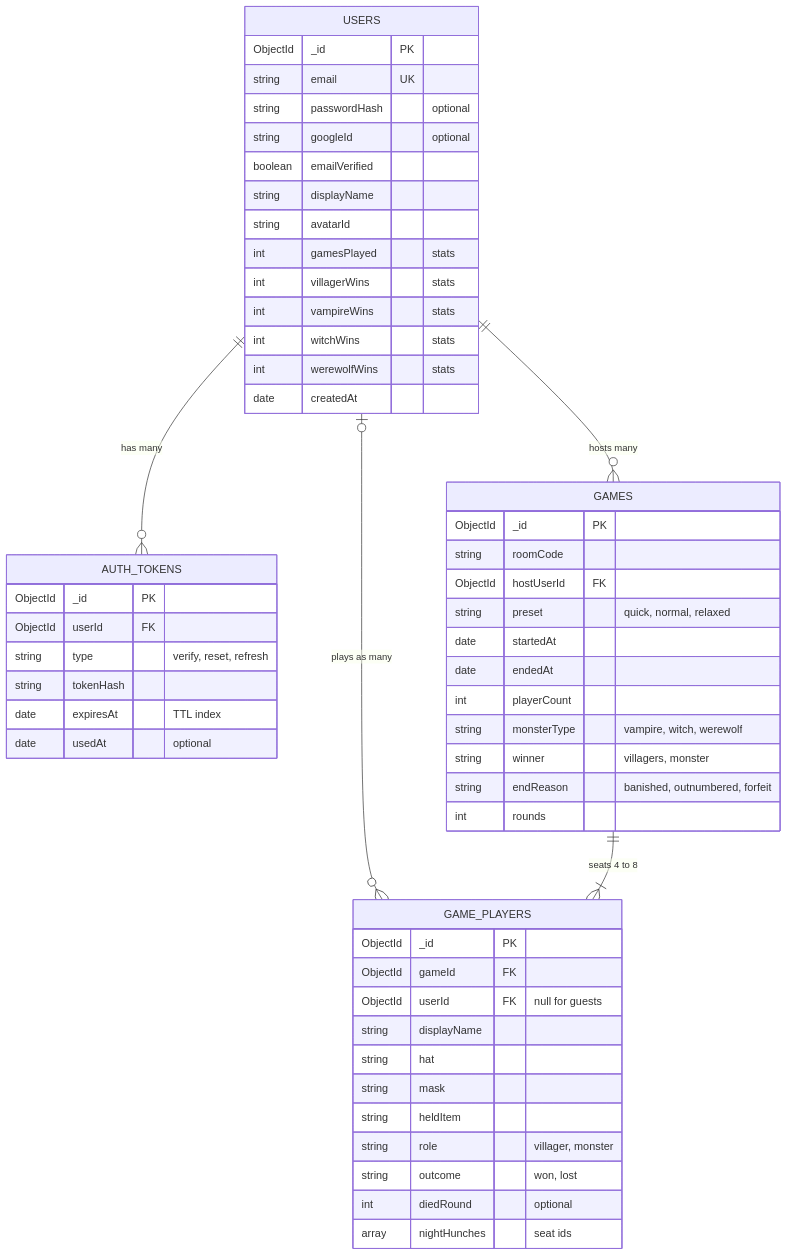
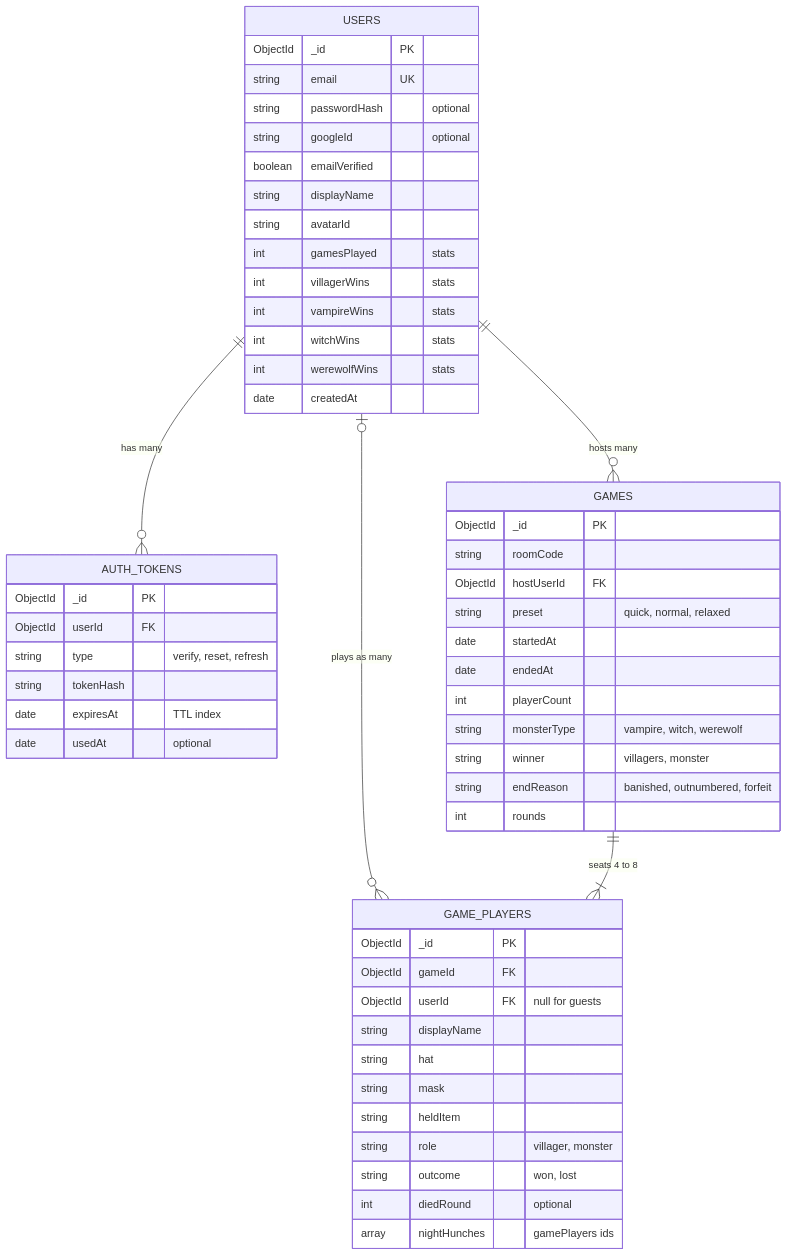
One commit to ucfdevs/teraphobia changed the diagram in resources/diagrams/erd.mmd. Above: the diagram before and after it, drawn with Mermaid. The commit also changed 4 other files, not shown here.

Commit message:
add missing use cases and fix erd hunch reference

```diff
--- a/resources/diagrams/erd.mmd
+++ b/resources/diagrams/erd.mmd
@@ -1,55 +1,55 @@
 erDiagram
     USERS ||--o{ AUTH_TOKENS : "has many"
     USERS ||--o{ GAMES : "hosts many"
     USERS |o--o{ GAME_PLAYERS : "plays as many"
     GAMES ||--|{ GAME_PLAYERS : "seats 4 to 8"
 
     USERS {
         ObjectId _id PK
         string email UK
         string passwordHash "optional"
         string googleId "optional"
         boolean emailVerified
         string displayName
         string avatarId
         int gamesPlayed "stats"
         int villagerWins "stats"
         int vampireWins "stats"
         int witchWins "stats"
         int werewolfWins "stats"
         date createdAt
     }
     AUTH_TOKENS {
         ObjectId _id PK
         ObjectId userId FK
         string type "verify, reset, refresh"
         string tokenHash
         date expiresAt "TTL index"
         date usedAt "optional"
     }
     GAMES {
         ObjectId _id PK
         string roomCode
         ObjectId hostUserId FK
         string preset "quick, normal, relaxed"
         date startedAt
         date endedAt
         int playerCount
         string monsterType "vampire, witch, werewolf"
         string winner "villagers, monster"
         string endReason "banished, outnumbered, forfeit"
         int rounds
     }
     GAME_PLAYERS {
         ObjectId _id PK
         ObjectId gameId FK
         ObjectId userId FK "null for guests"
         string displayName
         string hat
         string mask
         string heldItem
         string role "villager, monster"
         string outcome "won, lost"
         int diedRound "optional"
-        array nightHunches "seat ids"
+        array nightHunches "gamePlayers ids"
     }
```
